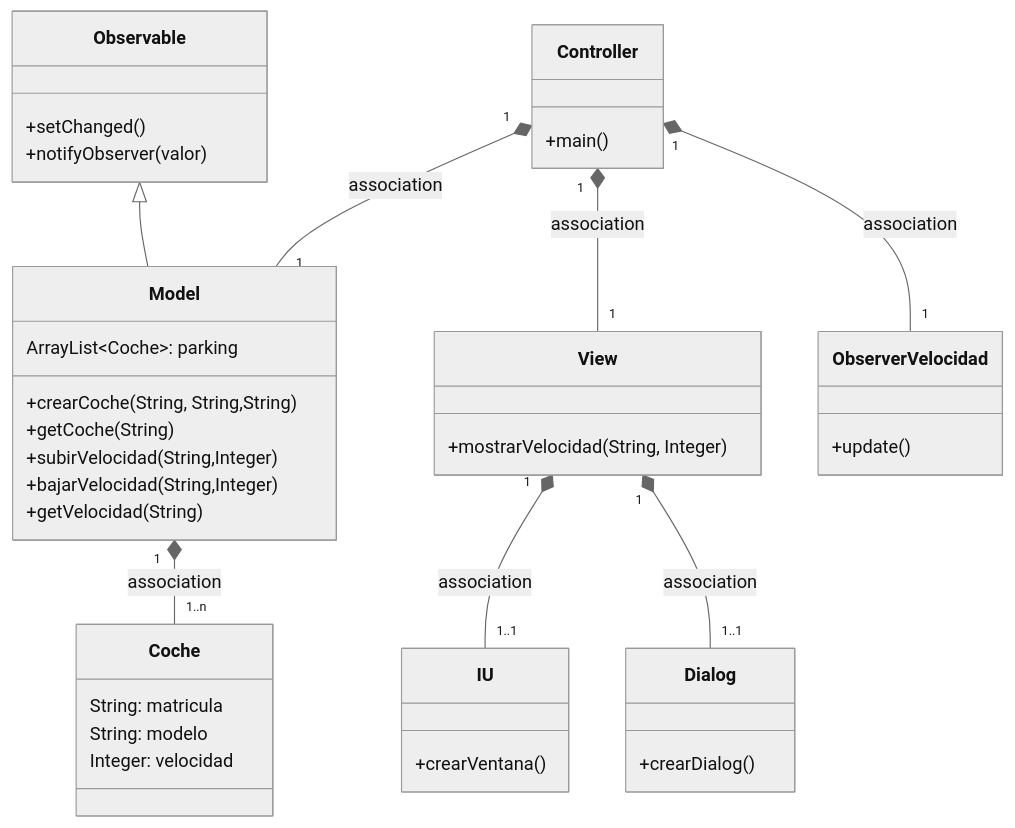
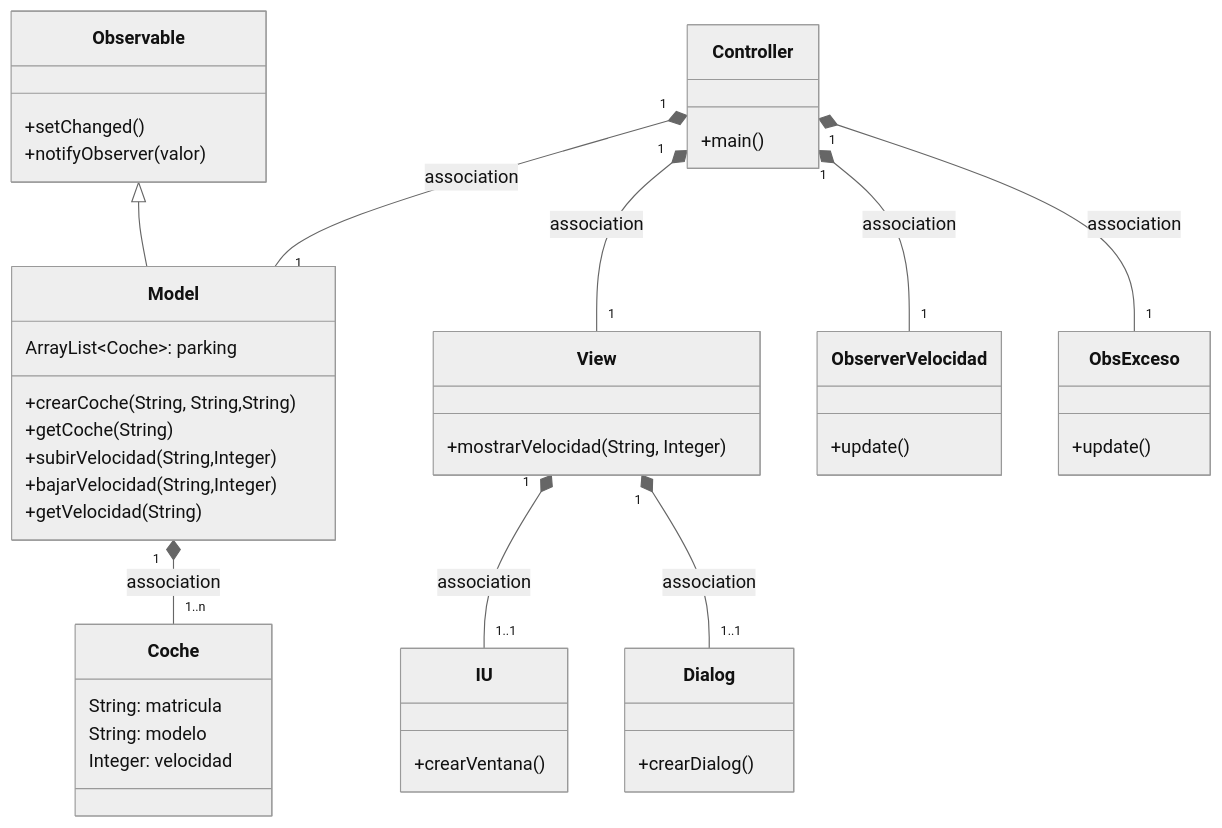
The first of 3 diagrams in Readme.md (LuciaB16/MVC_coches), drawn with Mermaid (neutral theme) before and after one commit. The commit also changed other lines of this file, not shown here.

````diff
--- a/Readme.md
+++ b/Readme.md
@@ -16,43 +16,48 @@
 ```mermaid
 classDiagram
     class Observable{
         +setChanged()
         +notifyObserver(valor)
     }
     class Coche {
         String: matricula
         String: modelo
         Integer: velocidad
     }
       class Controller{
           +main()
       }
       class View {
       +mostrarVelocidad(String, Integer)
       }
       class Model {
           ArrayList~Coche~: parking
           +crearCoche(String, String,String)
           +getCoche(String)
           +subirVelocidad(String,Integer)
           +bajarVelocidad(String,Integer)
           +getVelocidad(String)
       }
       class IU {
           +crearVentana()
       }
       class Dialog {
           +crearDialog()
       }
       class ObserverVelocidad {
       +update()
       }
+      
+      class ObsExceso {
+      +update()
+      }
     Controller "1" *-- "1" ObserverVelocidad : association
+    Controller "1" *-- "1" ObsExceso : association
     Controller "1" *-- "1" Model : association
     Controller "1" *-- "1" View : association
     Model "1" *-- "1..n" Coche : association
     View "1" *-- "1..1" IU : association
     View "1" *-- "1..1" Dialog : association
     Observable<|--Model
       
 ```
````
